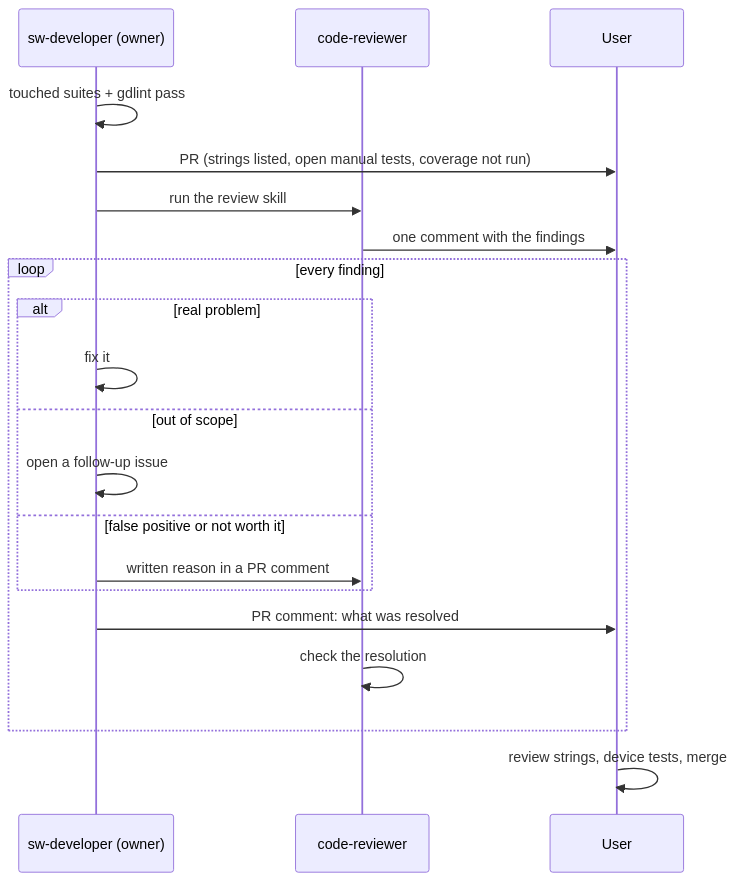
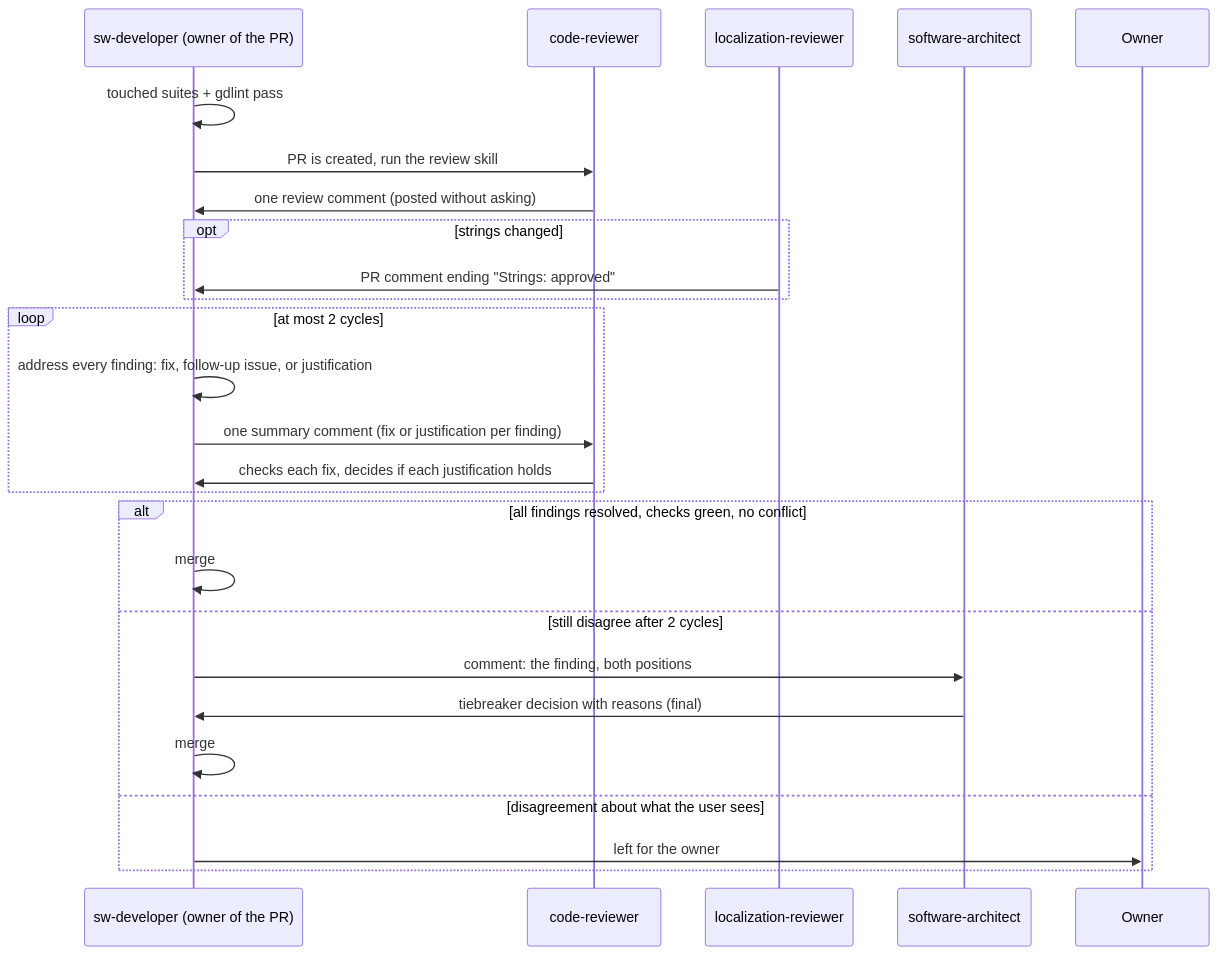
Before and after one commit to alonzo86/remote-play: the sixth of 8 diagrams in docs/AGENTS.md, drawn with Mermaid. The commit also changed other lines of this file, not shown here.

First line of the commit message:
Agent diagrams follow the new review and merge rules (license-reviewer, tiebreaker, auto merge)

````diff
--- a/docs/AGENTS.md
+++ b/docs/AGENTS.md
@@ -110,22 +121,28 @@
 ```mermaid
 sequenceDiagram
-    participant D as sw-developer (owner)
+    participant D as sw-developer (owner of the PR)
     participant R as code-reviewer
-    participant U as User
+    participant L as localization-reviewer
+    participant A as software-architect
+    participant O as Owner
     D->>D: touched suites + gdlint pass
-    D->>U: PR (strings listed, open manual tests, coverage not run)
-    D->>R: run the review skill
-    R->>U: one comment with the findings
-    loop every finding
-        alt real problem
-            D->>D: fix it
-        else out of scope
-            D->>D: open a follow-up issue
-        else false positive or not worth it
-            D->>R: written reason in a PR comment
-        end
-        D->>U: PR comment: what was resolved
-        R->>R: check the resolution
+    D->>R: PR is created, run the review skill
+    R->>D: one review comment (posted without asking)
+    opt strings changed
+        L->>D: PR comment ending "Strings: approved"
     end
-    U->>U: review strings, device tests, merge
+    loop at most 2 cycles
+        D->>D: address every finding: fix, follow-up issue, or justification
+        D->>R: one summary comment (fix or justification per finding)
+        R->>D: checks each fix, decides if each justification holds
+    end
+    alt all findings resolved, checks green, no conflict
+        D->>D: merge
+    else still disagree after 2 cycles
+        D->>A: comment: the finding, both positions
+        A->>D: tiebreaker decision with reasons (final)
+        D->>D: merge
+    else disagreement about what the user sees
+        D->>O: left for the owner
+    end
 ```
````
